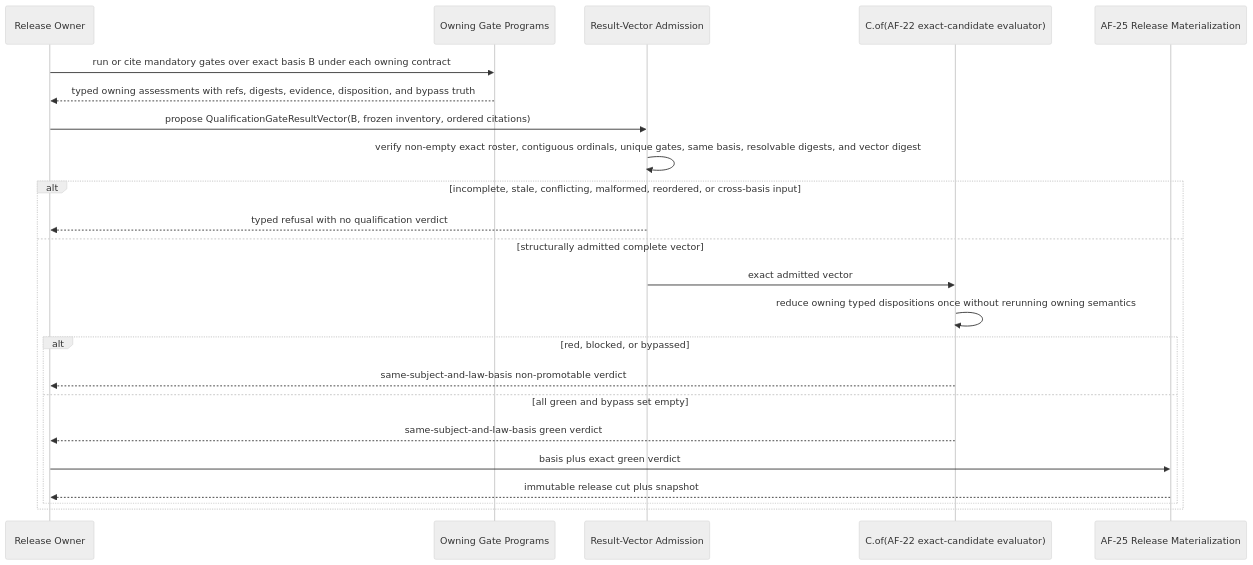
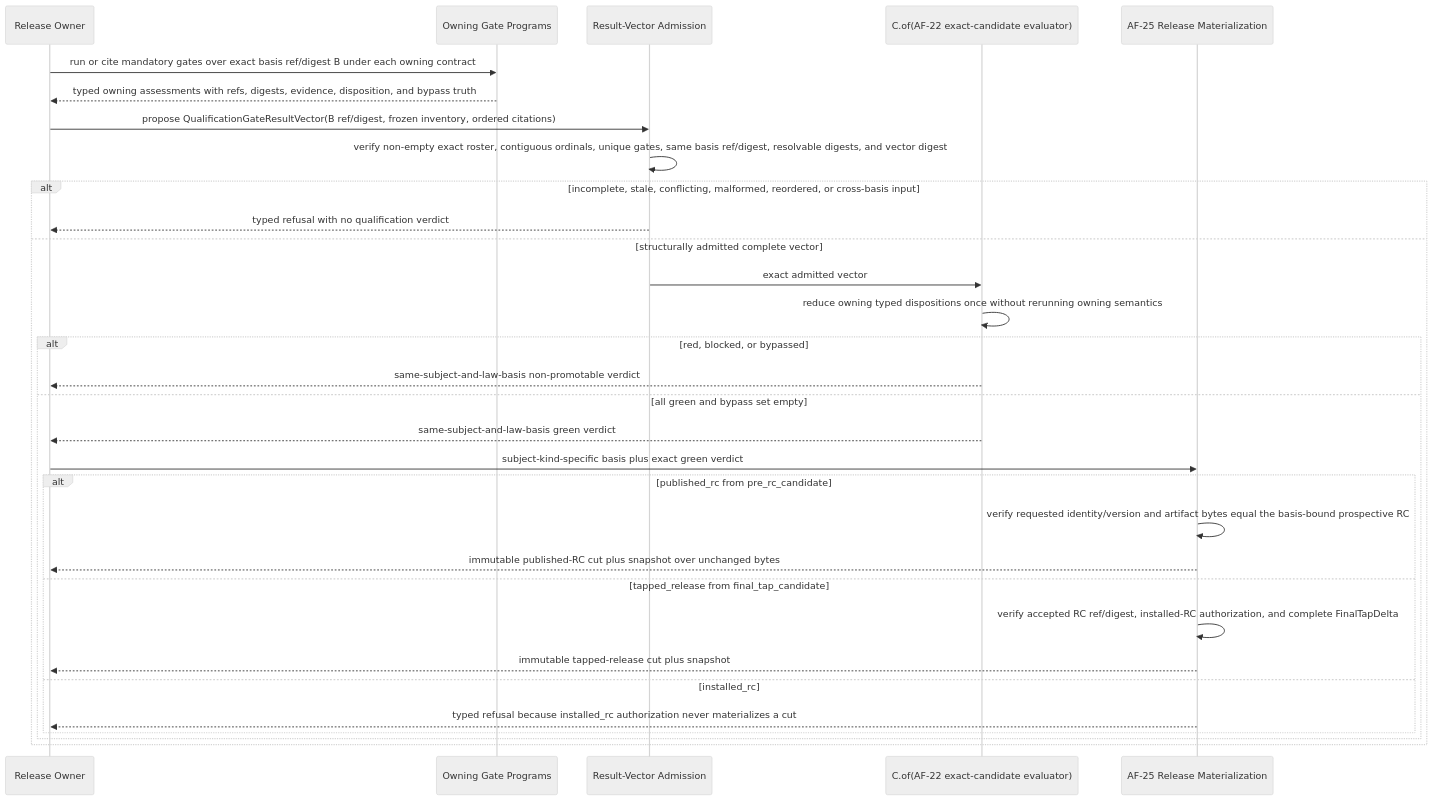
One commit to foolishimp/abiogenesis changed the sixth of 9 diagrams in build_tenants/abiogenesis/typescript/design/ABIOGENESIS_PUBLIC_CONTROL_PLANE_ONTOLOGY.md. Above: the diagram before and after it, drawn with Mermaid (neutral theme). The commit also changed other lines of this file and 4 other files, not shown here.

````diff
--- a/build_tenants/abiogenesis/typescript/design/ABIOGENESIS_PUBLIC_CONTROL_PLANE_ONTOLOGY.md
+++ b/build_tenants/abiogenesis/typescript/design/ABIOGENESIS_PUBLIC_CONTROL_PLANE_ONTOLOGY.md
@@ -854,26 +875,34 @@
 ```mermaid
 sequenceDiagram
   participant Owner as Release Owner
   participant Gates as Owning Gate Programs
   participant Admission as Result-Vector Admission
   participant Reducer as C.of(AF-22 exact-candidate evaluator)
   participant Release as AF-25 Release Materialization
 
-  Owner->>Gates: run or cite mandatory gates over exact basis B under each owning contract
+  Owner->>Gates: run or cite mandatory gates over exact basis ref/digest B under each owning contract
   Gates-->>Owner: typed owning assessments with refs, digests, evidence, disposition, and bypass truth
-  Owner->>Admission: propose QualificationGateResultVector(B, frozen inventory, ordered citations)
-  Admission->>Admission: verify non-empty exact roster, contiguous ordinals, unique gates, same basis, resolvable digests, and vector digest
+  Owner->>Admission: propose QualificationGateResultVector(B ref/digest, frozen inventory, ordered citations)
+  Admission->>Admission: verify non-empty exact roster, contiguous ordinals, unique gates, same basis ref/digest, resolvable digests, and vector digest
   alt incomplete, stale, conflicting, malformed, reordered, or cross-basis input
     Admission-->>Owner: typed refusal with no qualification verdict
   else structurally admitted complete vector
     Admission->>Reducer: exact admitted vector
     Reducer->>Reducer: reduce owning typed dispositions once without rerunning owning semantics
     alt red, blocked, or bypassed
       Reducer-->>Owner: same-subject-and-law-basis non-promotable verdict
     else all green and bypass set empty
       Reducer-->>Owner: same-subject-and-law-basis green verdict
-      Owner->>Release: basis plus exact green verdict
-      Release-->>Owner: immutable release cut plus snapshot
+      Owner->>Release: subject-kind-specific basis plus exact green verdict
+      alt published_rc from pre_rc_candidate
+        Release->>Release: verify requested identity/version and artifact bytes equal the basis-bound prospective RC
+        Release-->>Owner: immutable published-RC cut plus snapshot over unchanged bytes
+      else tapped_release from final_tap_candidate
+        Release->>Release: verify accepted RC ref/digest, installed-RC authorization, and complete FinalTapDelta
+        Release-->>Owner: immutable tapped-release cut plus snapshot
+      else installed_rc
+        Release-->>Owner: typed refusal because installed_rc authorization never materializes a cut
+      end
     end
   end
 ```
````
